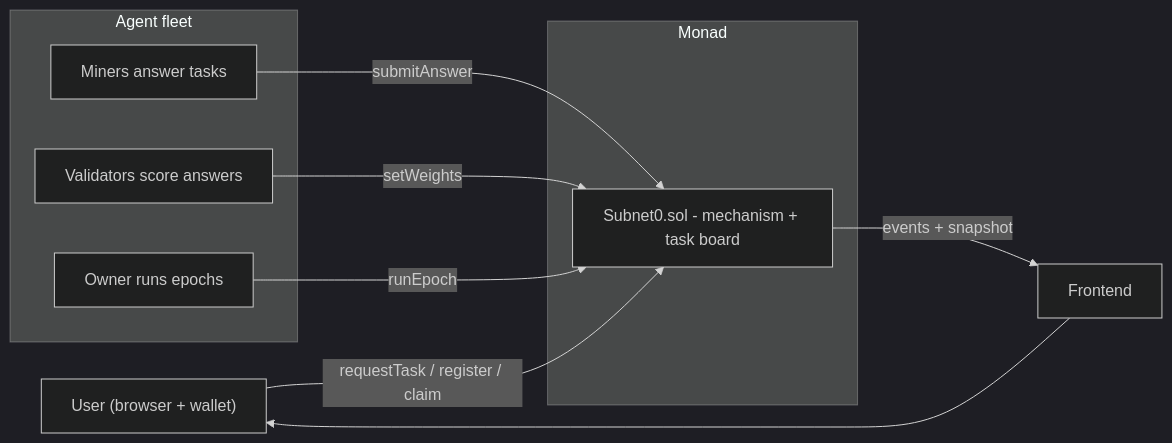
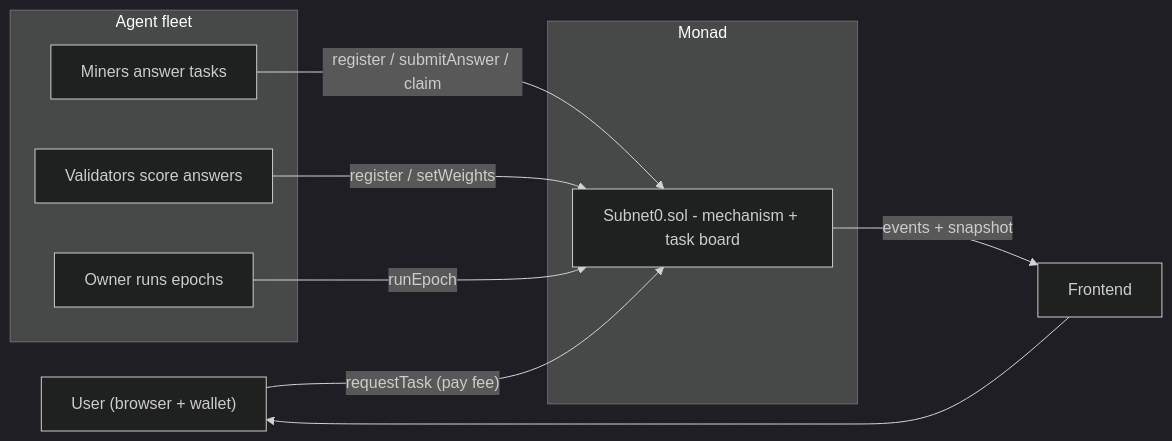
One commit to nikillxh/subnet0 changed the diagram in README.md. Above: the diagram before and after it, drawn with Mermaid (dark theme). The commit also changed other lines of this file and 28 other files, not shown here.

````diff
--- a/README.md
+++ b/README.md
@@ -31,18 +33,18 @@
 ```mermaid
 flowchart LR
   user["User (browser + wallet)"]
   subgraph chain [Monad]
     SN["Subnet0.sol - mechanism + task board"]
   end
   subgraph fleet [Agent fleet]
     miners["Miners answer tasks"]
     vals["Validators score answers"]
     owner["Owner runs epochs"]
   end
-  user -->|"requestTask / register / claim"| SN
-  miners -->|submitAnswer| SN
-  vals -->|setWeights| SN
+  user -->|"requestTask (pay fee)"| SN
+  miners -->|"register / submitAnswer / claim"| SN
+  vals -->|"register / setWeights"| SN
   owner -->|runEpoch| SN
   SN -->|events + snapshot| web[Frontend]
   web --> user
 ```
````
